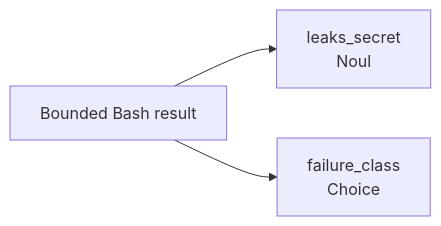
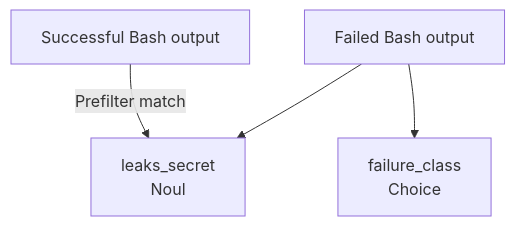
One commit to dr-dimitru/claude-jev-plugin changed the first of 4 diagrams in docs/output-judgments.md. Above: the diagram before and after it, drawn with Mermaid. The commit also changed other lines of this file and 11 other files, not shown here.

First line of the commit message:
fix(output): stop false failure advice and skip benign output

````diff
--- a/docs/output-judgments.md
+++ b/docs/output-judgments.md
@@ -7,5 +7,6 @@
 ```mermaid
-flowchart LR
-    O[Bounded Bash result] --> L[leaks_secret<br/>Noul]
-    O --> F[failure_class<br/>Choice]
+flowchart TD
+    S[Successful Bash output] -->|Prefilter match| L[leaks_secret<br/>Noul]
+    F[Failed Bash output] --> L
+    F --> C[failure_class<br/>Choice]
 ```
````
